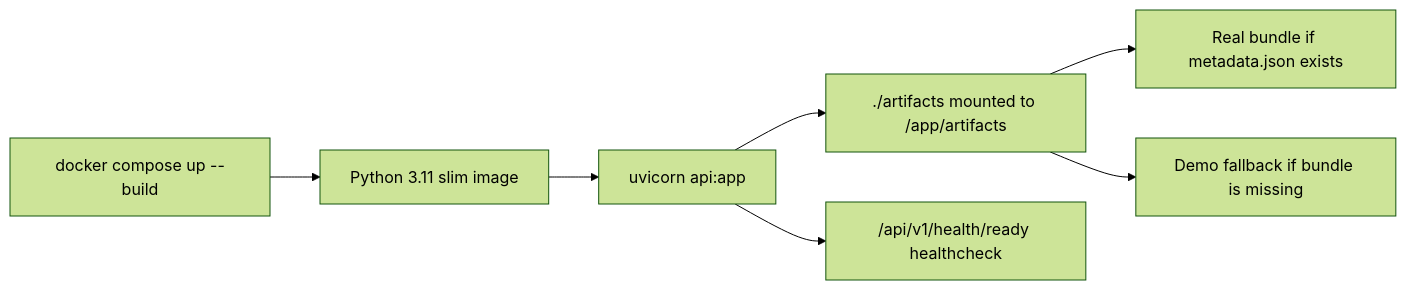
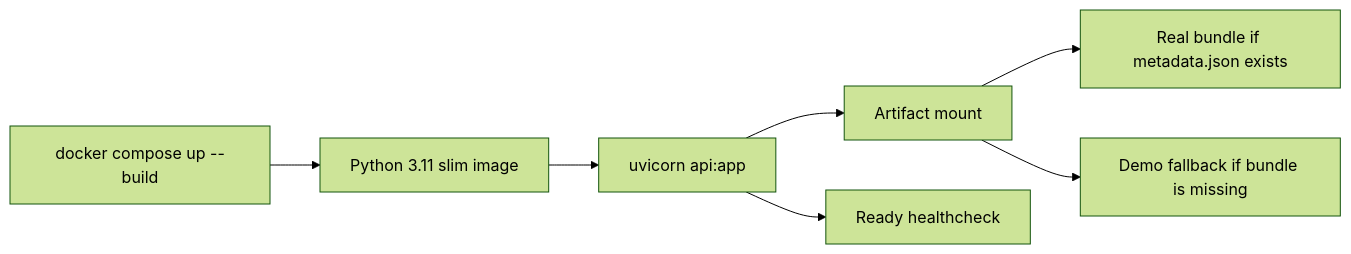
The fifth of 5 diagrams in DESIGN_REPORT_IP102.md (elite3012/AI-Object-Detection-Continual-Learning), drawn with Mermaid (forest theme) before and after one commit. The commit also changed other lines of this file, not shown here.

Commit message:
docs: shorten mermaid diagram labels

````diff
--- a/DESIGN_REPORT_IP102.md
+++ b/DESIGN_REPORT_IP102.md
@@ -234,9 +234,9 @@
 ```mermaid
 flowchart LR
     compose["docker compose up --build"] --> image["Python 3.11 slim image"]
     image --> app["uvicorn api:app"]
-    app --> mount["./artifacts mounted to /app/artifacts"]
+    app --> mount["Artifact mount"]
     mount --> real["Real bundle if metadata.json exists"]
     mount --> demo["Demo fallback if bundle is missing"]
-    app --> health["/api/v1/health/ready healthcheck"]
+    app --> health["Ready healthcheck"]
 ```
````
